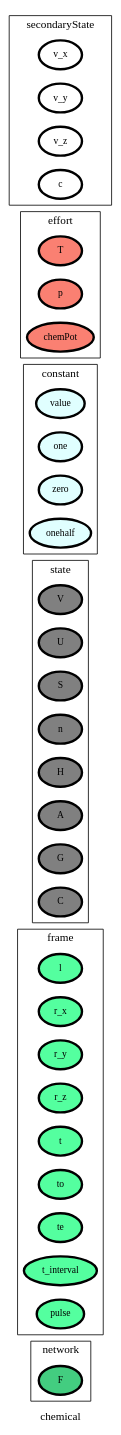
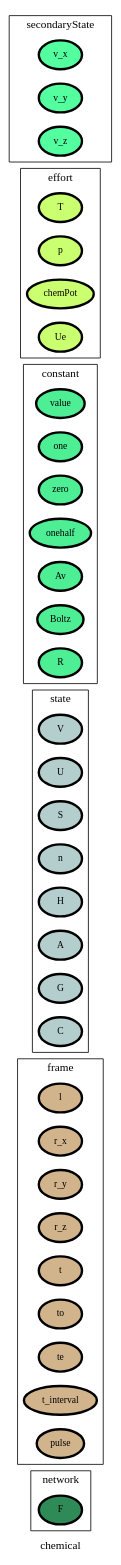
One commit to heinz-preisig/sandbox21 changed the diagram in ontology_graphs/graph__chemical.dot. Above: the diagram before and after it, drawn with Graphviz. The commit also changed 260 other files, not shown here.

```diff
--- a/ontology_graphs/graph__chemical.dot
+++ b/ontology_graphs/graph__chemical.dot
@@ -1,88 +1,91 @@
 digraph chemical {
 label=chemical;
 rankdir=LR;
 subgraph cluster_chemical___property {
 label=property;
 rankdir=LR;
 }
 
 subgraph cluster_chemical___network {
 label=network;
 rankdir=LR;
-V_10 [fillcolor=seagreen3, fontsize=12, label=F, penwidth=3, style=filled];
+V_10 [fillcolor=seagreen4, fontsize=12, label=F, penwidth=3, style=filled];
 }
 
 subgraph cluster_chemical___projection {
 label=projection;
 rankdir=LR;
 }
 
 subgraph cluster_chemical___differenceOperator {
 label=differenceOperator;
 rankdir=LR;
 }
 
 subgraph cluster_chemical___frame {
 label=frame;
 rankdir=LR;
-V_11 [fillcolor=seagreen1, fontsize=12, label=l, penwidth=3, style=filled];
-V_12 [fillcolor=seagreen1, fontsize=12, label=r_x, penwidth=3, style=filled];
-V_13 [fillcolor=seagreen1, fontsize=12, label=r_y, penwidth=3, style=filled];
-V_14 [fillcolor=seagreen1, fontsize=12, label=r_z, penwidth=3, style=filled];
-V_4 [fillcolor=seagreen1, fontsize=12, label=t, penwidth=3, style=filled];
-V_5 [fillcolor=seagreen1, fontsize=12, label=to, penwidth=3, style=filled];
-V_6 [fillcolor=seagreen1, fontsize=12, label=te, penwidth=3, style=filled];
-V_7 [fillcolor=seagreen1, fontsize=12, label=t_interval, penwidth=3, style=filled];
-V_9 [fillcolor=seagreen1, fontsize=12, label=pulse, penwidth=3, style=filled];
+V_11 [fillcolor=tan, fontsize=12, label=l, penwidth=3, style=filled];
+V_12 [fillcolor=tan, fontsize=12, label=r_x, penwidth=3, style=filled];
+V_13 [fillcolor=tan, fontsize=12, label=r_y, penwidth=3, style=filled];
+V_14 [fillcolor=tan, fontsize=12, label=r_z, penwidth=3, style=filled];
+V_4 [fillcolor=tan, fontsize=12, label=t, penwidth=3, style=filled];
+V_5 [fillcolor=tan, fontsize=12, label=to, penwidth=3, style=filled];
+V_6 [fillcolor=tan, fontsize=12, label=te, penwidth=3, style=filled];
+V_7 [fillcolor=tan, fontsize=12, label=t_interval, penwidth=3, style=filled];
+V_9 [fillcolor=tan, fontsize=12, label=pulse, penwidth=3, style=filled];
 }
 
 subgraph cluster_chemical___state {
 label=state;
 rankdir=LR;
-V_15 [fillcolor=grey, fontsize=12, label=V, penwidth=3, style=filled];
-V_16 [fillcolor=grey, fontsize=12, label=U, penwidth=3, style=filled];
-V_17 [fillcolor=grey, fontsize=12, label=S, penwidth=3, style=filled];
-V_18 [fillcolor=grey, fontsize=12, label=n, penwidth=3, style=filled];
-V_22 [fillcolor=grey, fontsize=12, label=H, penwidth=3, style=filled];
-V_23 [fillcolor=grey, fontsize=12, label=A, penwidth=3, style=filled];
-V_24 [fillcolor=grey, fontsize=12, label=G, penwidth=3, style=filled];
-V_25 [fillcolor=grey, fontsize=12, label=C, penwidth=3, style=filled];
+V_15 [fillcolor=lightcyan3, fontsize=12, label=V, penwidth=3, style=filled];
+V_16 [fillcolor=lightcyan3, fontsize=12, label=U, penwidth=3, style=filled];
+V_17 [fillcolor=lightcyan3, fontsize=12, label=S, penwidth=3, style=filled];
+V_18 [fillcolor=lightcyan3, fontsize=12, label=n, penwidth=3, style=filled];
+V_22 [fillcolor=lightcyan3, fontsize=12, label=H, penwidth=3, style=filled];
+V_23 [fillcolor=lightcyan3, fontsize=12, label=A, penwidth=3, style=filled];
+V_24 [fillcolor=lightcyan3, fontsize=12, label=G, penwidth=3, style=filled];
+V_25 [fillcolor=lightcyan3, fontsize=12, label=C, penwidth=3, style=filled];
 }
 
 subgraph cluster_chemical___constant {
 label=constant;
 rankdir=LR;
-V_1 [fillcolor=lightcyan, fontsize=12, label=value, penwidth=3, style=filled];
-V_2 [fillcolor=lightcyan, fontsize=12, label=one, penwidth=3, style=filled];
-V_3 [fillcolor=lightcyan, fontsize=12, label=zero, penwidth=3, style=filled];
-V_8 [fillcolor=lightcyan, fontsize=12, label=onehalf, penwidth=3, style=filled];
+V_1 [fillcolor=seagreen2, fontsize=12, label=value, penwidth=3, style=filled];
+V_2 [fillcolor=seagreen2, fontsize=12, label=one, penwidth=3, style=filled];
+V_3 [fillcolor=seagreen2, fontsize=12, label=zero, penwidth=3, style=filled];
+V_8 [fillcolor=seagreen2, fontsize=12, label=onehalf, penwidth=3, style=filled];
+V_32 [fillcolor=seagreen2, fontsize=12, label=Av, penwidth=3, style=filled];
+V_33 [fillcolor=seagreen2, fontsize=12, label=Boltz, penwidth=3, style=filled];
+V_34 [fillcolor=seagreen2, fontsize=12, label=R, penwidth=3, style=filled];
 }
 
 subgraph cluster_chemical___effort {
 label=effort;
 rankdir=LR;
-V_19 [fillcolor=salmon, fontsize=12, label=T, penwidth=3, style=filled];
-V_20 [fillcolor=salmon, fontsize=12, label=p, penwidth=3, style=filled];
-V_21 [fillcolor=salmon, fontsize=12, label=chemPot, penwidth=3, style=filled];
+V_19 [fillcolor=darkolivegreen1, fontsize=12, label=T, penwidth=3, style=filled];
+V_20 [fillcolor=darkolivegreen1, fontsize=12, label=p, penwidth=3, style=filled];
+V_21 [fillcolor=darkolivegreen1, fontsize=12, label=chemPot, penwidth=3, style=filled];
+V_35 [fillcolor=darkolivegreen1, fontsize=12, label=Ue, penwidth=3, style=filled];
 }
 
 subgraph cluster_chemical___secondaryState {
 label=secondaryState;
 rankdir=LR;
-V_28 [fillcolor=white, fontsize=12, label=v_x, penwidth=3, style=filled];
-V_29 [fillcolor=white, fontsize=12, label=v_y, penwidth=3, style=filled];
-V_30 [fillcolor=white, fontsize=12, label=v_z, penwidth=3, style=filled];
-V_31 [fillcolor=white, fontsize=12, label=c, penwidth=3, style=filled];
+V_27 [fillcolor=seagreen1, fontsize=12, label=v_x, penwidth=3, style=filled];
+V_28 [fillcolor=seagreen1, fontsize=12, label=v_y, penwidth=3, style=filled];
+V_29 [fillcolor=seagreen1, fontsize=12, label=v_z, penwidth=3, style=filled];
 }
 
 subgraph cluster_chemical___diffState {
 label=diffState;
 rankdir=LR;
 }
 
 subgraph cluster_chemical___property {
 label=property;
 rankdir=LR;
 }
 
 }
```
